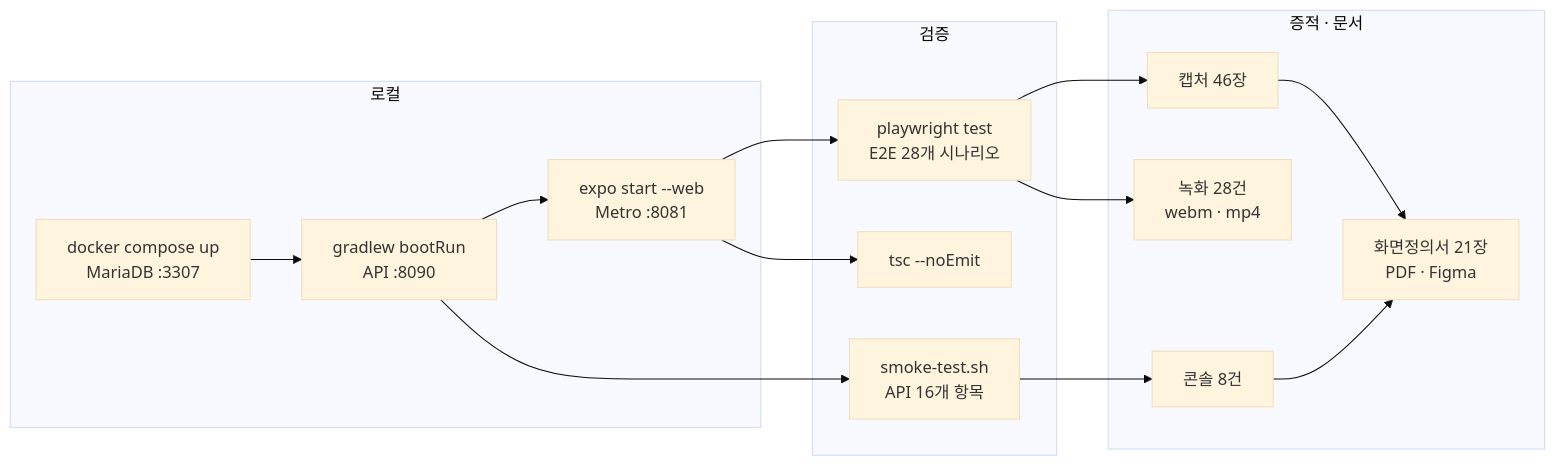
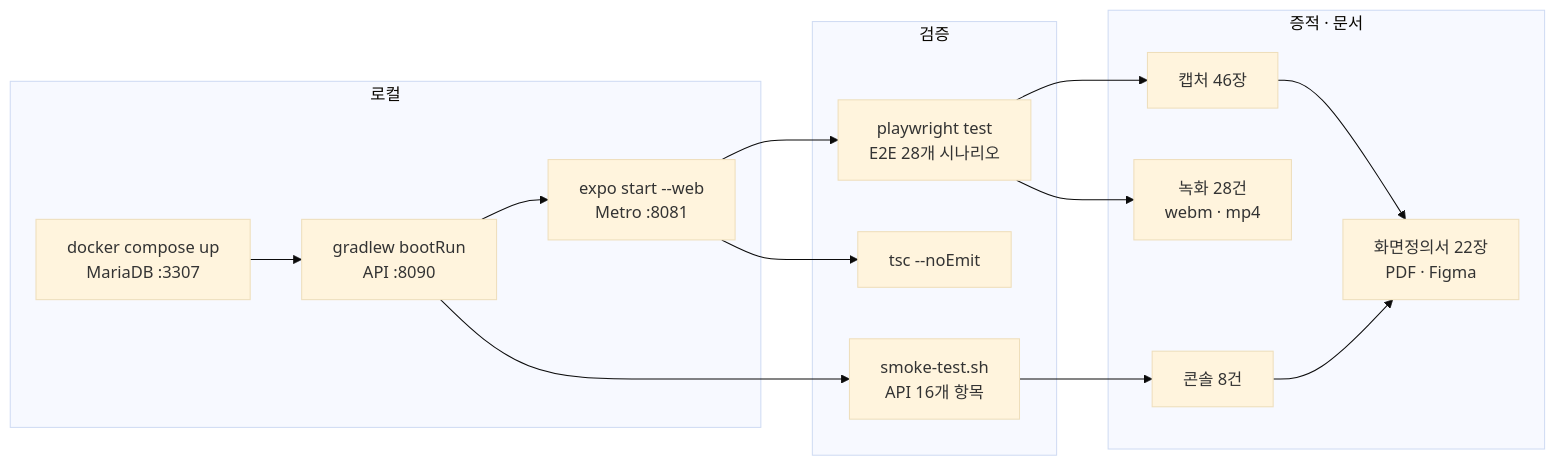
Before and after one commit to beyond-sw-camp/be23-1st-team1-GymKKong: diagram 17 of 17 in docs/architecture.md, drawn with Mermaid (base theme). The commit also changed 27 other files, not shown here.

````diff
--- a/docs/architecture.md
+++ b/docs/architecture.md
@@ -597,31 +597,31 @@
 ```mermaid
 flowchart LR
   subgraph dev["로컬"]
     D1["docker compose up<br/>MariaDB :3307"]
     D2["gradlew bootRun<br/>API :8090"]
     D3["expo start --web<br/>Metro :8081"]
   end
 
   subgraph verify["검증"]
     V1["smoke-test.sh<br/>API 16개 항목"]
     V2["playwright test<br/>E2E 28개 시나리오"]
     V3["tsc --noEmit"]
   end
 
   subgraph out["증적 · 문서"]
     O1["캡처 46장"]
     O2["녹화 28건<br/>webm · mp4"]
     O3["콘솔 8건"]
-    O4["화면정의서 21장<br/>PDF · Figma"]
+    O4["화면정의서 22장<br/>PDF · Figma"]
   end
 
   D1 --> D2 --> D3
   D2 --> V1
   D3 --> V2
   D3 --> V3
   V2 --> O1
   V2 --> O2
   V1 --> O3
   O1 --> O4
   O3 --> O4
 ```
````
